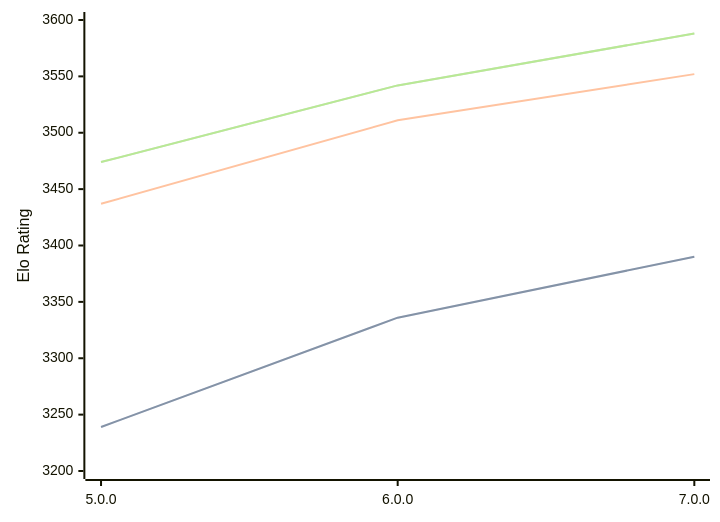
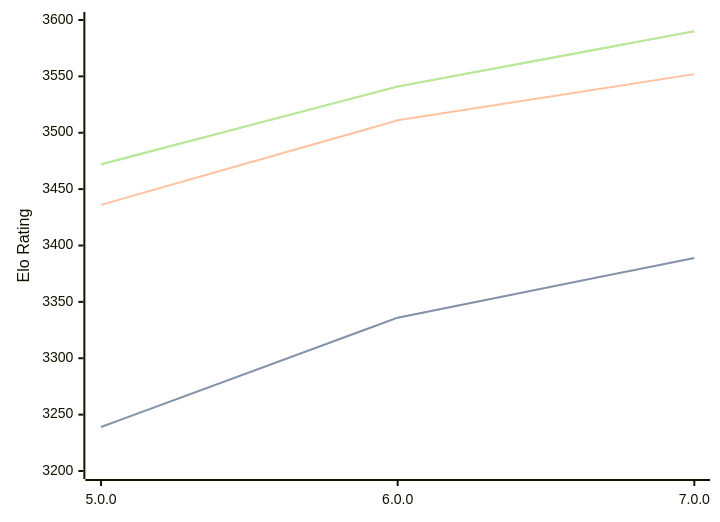
The diagram in engines/Stormphrax.md (computer-chess-index/cci), drawn with Mermaid before and after one commit. The commit also changed other lines of this file, not shown here.

Commit message:
Update CCI Ratings (ELO VLTC) - 2026-04-21

````diff
--- a/engines/Stormphrax.md
+++ b/engines/Stormphrax.md
@@ -38,11 +38,11 @@
 ```mermaid
 %%{init: {"theme":"base","themeVariables":{"seriesColors:['#a3a3a3','#222221','#faa371']}}}%%
 xychart-beta
   x-axis ["5.0.0", "6.0.0", "7.0.0"]
   y-axis "Elo Rating" 3200 --> 3600
-  line "STC (8.0+0.08s)" [3239, 3336, 3390]
-  line "STC (8.0+0.08s)" [3239, 3336, 3390]
-  line "LTC (60.0+0.60s)" [3437, 3511, 3552]
-  line "VLTC (2m24s+1.12s)" [3474, 3542, 3588]
-  line "VLTC (2m24s+1.12s)" [3474, 3542, 3588]
+  line "STC (8.0+0.08s)" [3239, 3336, 3389]
+  line "STC (8.0+0.08s)" [3239, 3336, 3389]
+  line "LTC (60.0+0.60s)" [3436, 3511, 3552]
+  line "VLTC (2m24s+1.12s)" [3472, 3541, 3590]
+  line "VLTC (2m24s+1.12s)" [3472, 3541, 3590]
 ```
````
